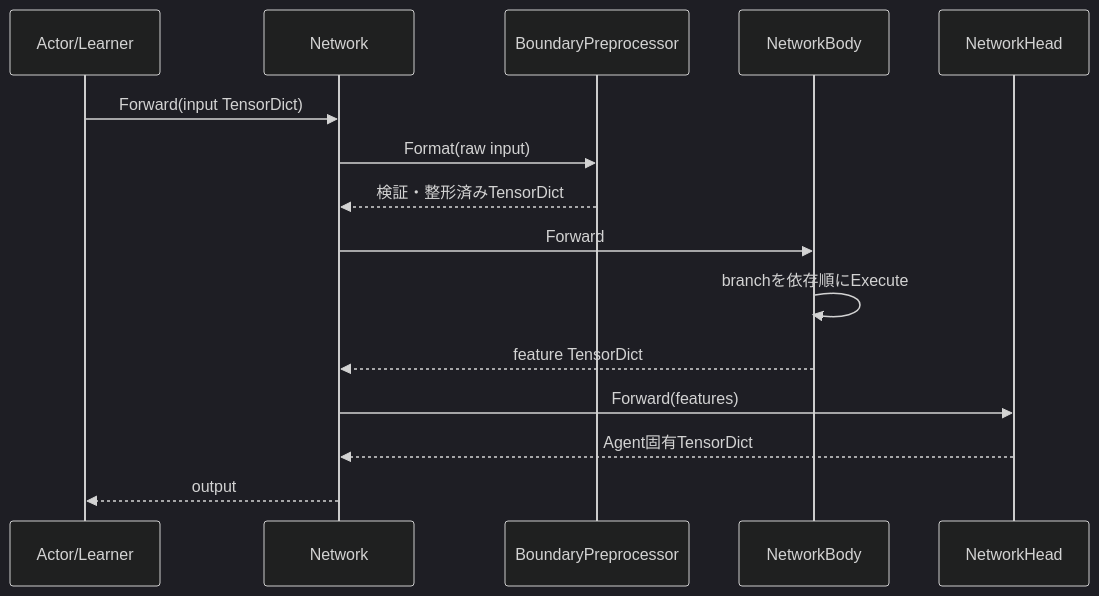
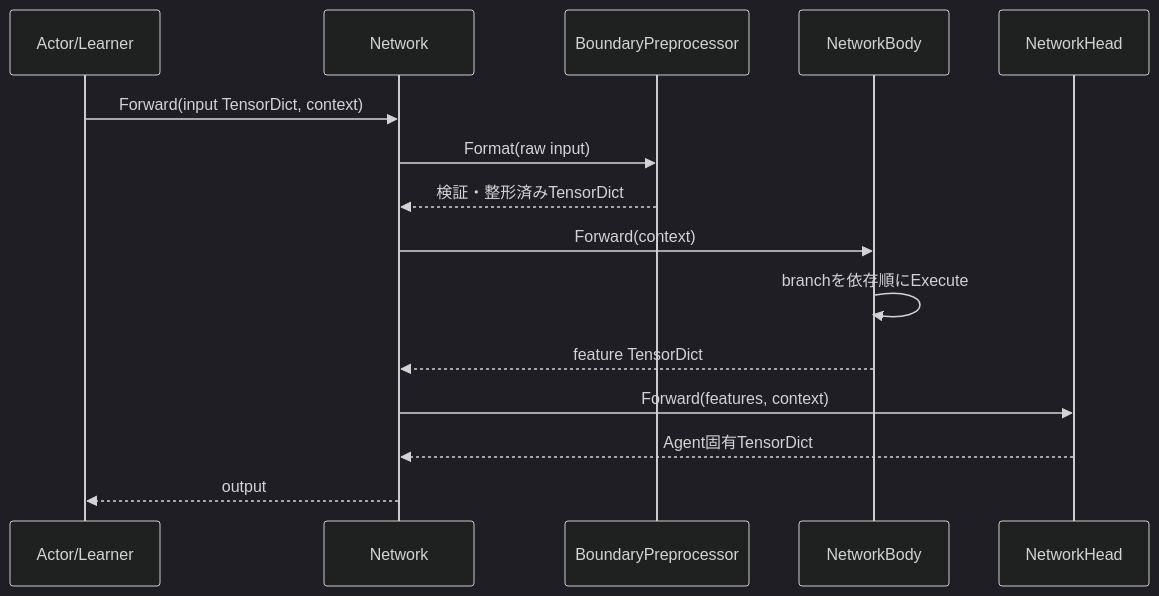
The third of 3 diagrams in docs/design/130_neural_networks.en.md (kazukin123/anet-lab), drawn with Mermaid (dark theme) before and after one commit. The commit also changed other lines of this file and 45 other files, not shown here.

````diff
--- a/docs/design/130_neural_networks.en.md
+++ b/docs/design/130_neural_networks.en.md
@@ -200,18 +211,18 @@
 ```mermaid
 sequenceDiagram
     participant C as Actor/Learner
     participant N as Network
     participant P as BoundaryPreprocessor
     participant B as NetworkBody
     participant H as NetworkHead
 
-    C->>N: Forward(input TensorDict)
+    C->>N: Forward(input TensorDict, context)
     N->>P: Format(raw input)
     P-->>N: 検証・整形済みTensorDict
-    N->>B: Forward
+    N->>B: Forward(context)
     B->>B: branchを依存順にExecute
     B-->>N: feature TensorDict
-    N->>H: Forward(features)
+    N->>H: Forward(features, context)
     H-->>N: Agent固有TensorDict
     N-->>C: output
 ```
````
